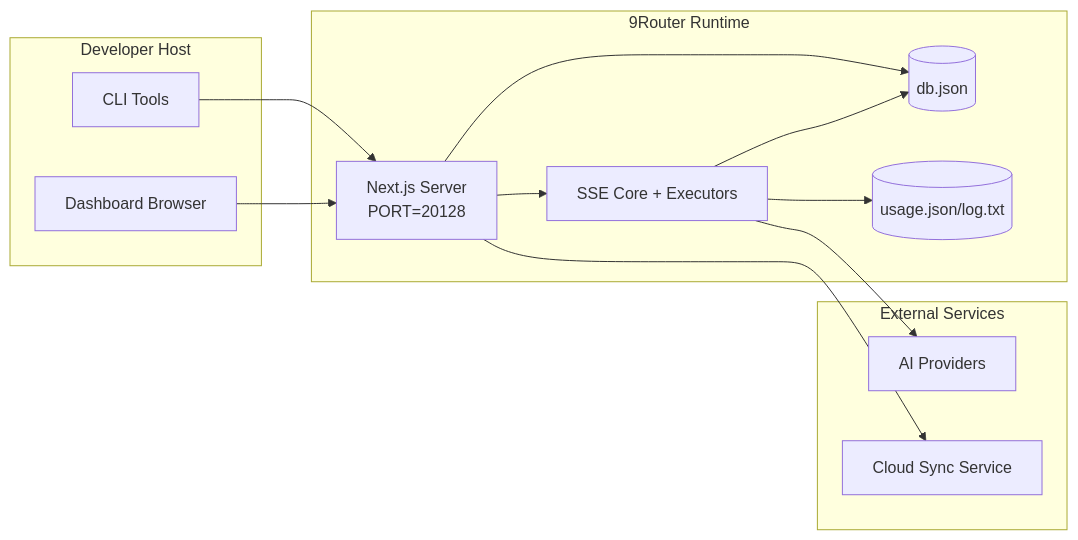
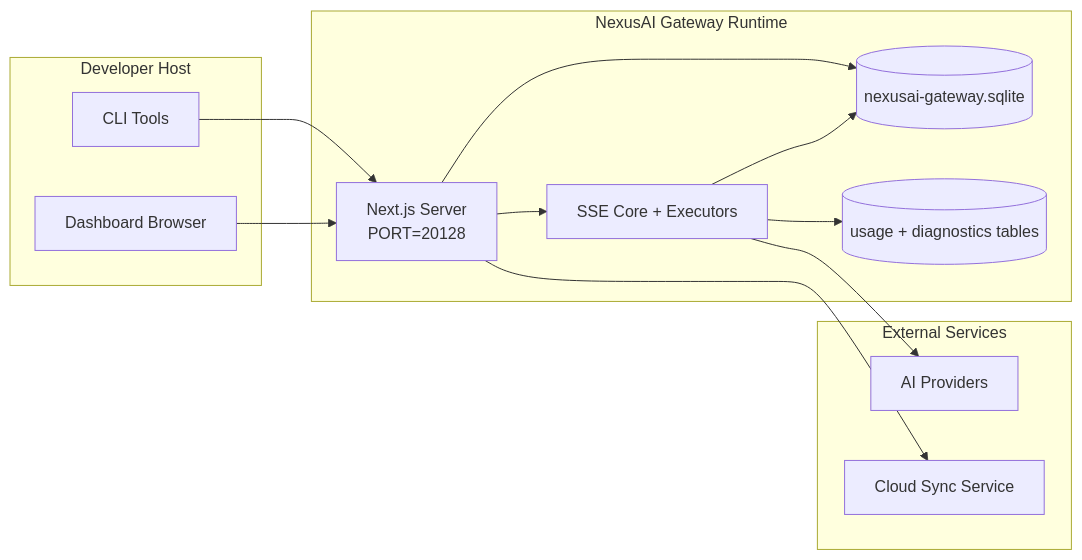
Before and after one commit to phucphuc2006/exam-solver-gateway: the seventh of 7 diagrams in docs/ARCHITECTURE.md, drawn with Mermaid. The commit also changed other lines of this file and 354 other files, not shown here.

Commit message:
feat: cập nhật toàn bộ NexusAI Gateway - thêm web bridge, diagnostics, modular DB, browser extension

````diff
--- a/docs/ARCHITECTURE.md
+++ b/docs/ARCHITECTURE.md
@@ -387,28 +386,28 @@
 ```mermaid
 flowchart LR
     subgraph LocalHost[Developer Host]
         CLI[CLI Tools]
         Browser[Dashboard Browser]
     end
 
-    subgraph ContainerOrProcess[9Router Runtime]
+    subgraph ContainerOrProcess[NexusAI Gateway Runtime]
         Next[Next.js Server\nPORT=20128]
         Core[SSE Core + Executors]
-        MainDB[(db.json)]
-        UsageDB[(usage.json/log.txt)]
+        MainDB[(nexusai-gateway.sqlite)]
+        UsageDB[(usage + diagnostics tables)]
     end
 
     subgraph External[External Services]
         Providers[AI Providers]
         SyncCloud[Cloud Sync Service]
     end
 
     CLI --> Next
     Browser --> Next
     Next --> Core
     Next --> MainDB
     Core --> MainDB
     Core --> UsageDB
     Core --> Providers
     Next --> SyncCloud
 ```
````
